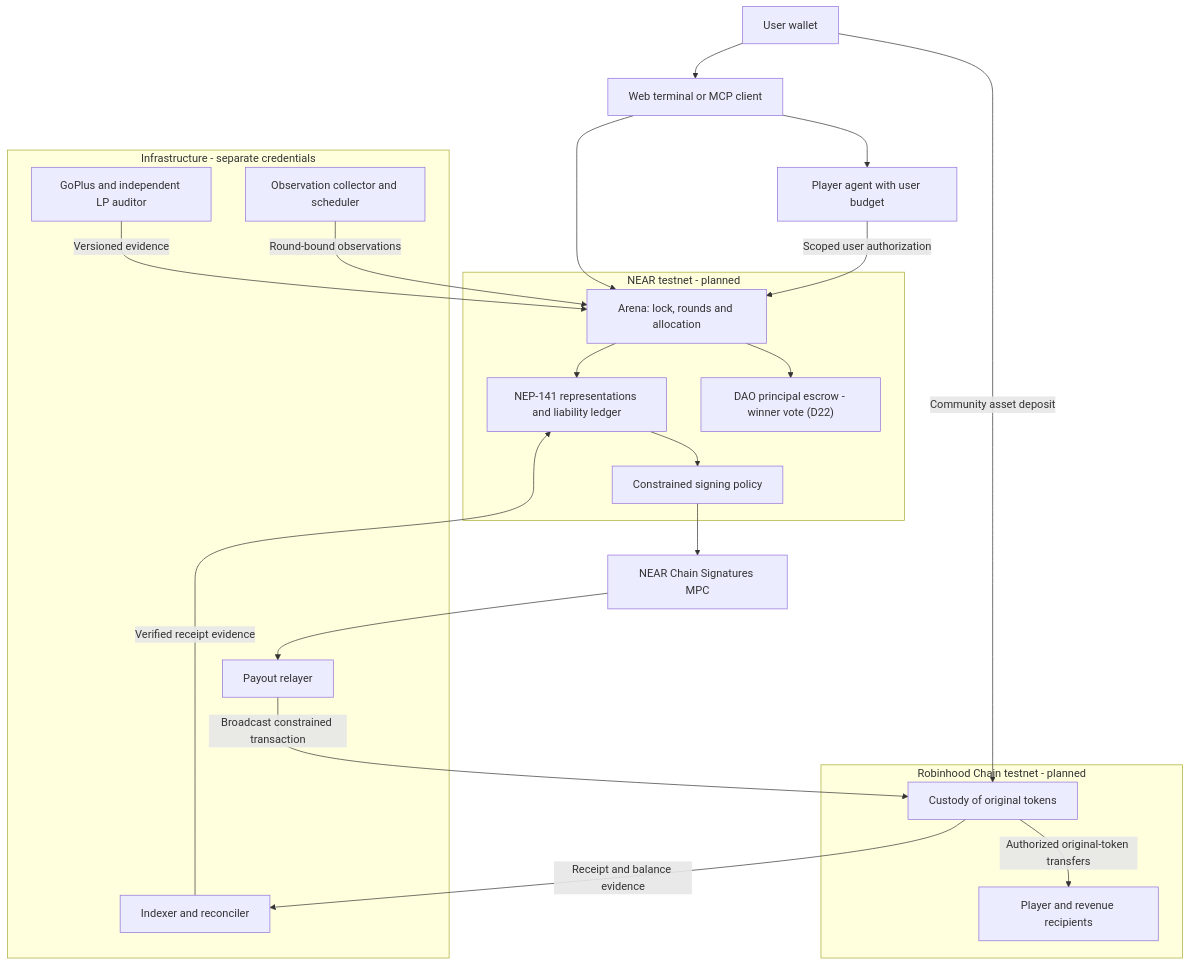
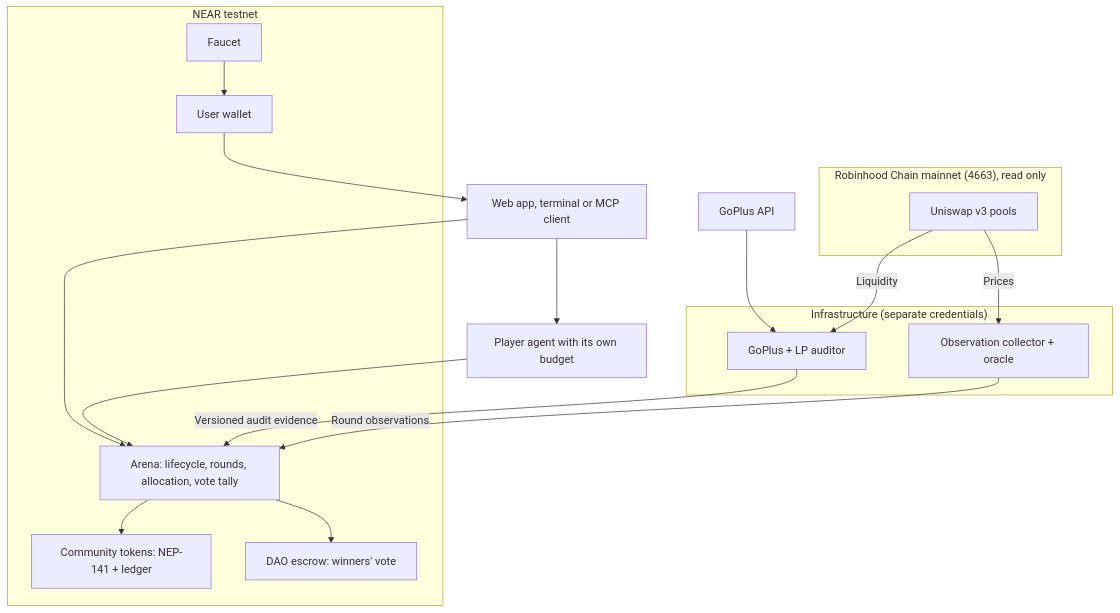
Before and after one commit to mferdinandr/valtrums: the first of 3 diagrams in docs/architecture.md, drawn with Mermaid. The commit also changed other lines of this file and 15 other files, not shown here.

Commit message:
docs: rewrite the current specs for the near-only flow

````diff
--- a/docs/architecture.md
+++ b/docs/architecture.md
@@ -9,35 +9,28 @@
 ```mermaid
 flowchart TB
-    U["User wallet"] --> UI["Web terminal or MCP client"]
-    UI --> PA["Player agent with user budget"]
+    U["User wallet"] --> UI["Web app, terminal or MCP client"]
+    UI --> PA["Player agent with its own budget"]
     UI --> A
-    PA -->|"Scoped user authorization"| A
-    subgraph NEAR["NEAR testnet - planned"]
-        A["Arena: lock, rounds and allocation"]
-        R["NEP-141 representations and liability ledger"]
-        D["DAO principal escrow - winner vote (D22)"]
-        S["Constrained signing policy"]
+    PA --> A
+    subgraph NEAR["NEAR testnet"]
+        A["Arena: lifecycle, rounds, allocation, vote tally"]
+        R["Community tokens: NEP-141 + ledger"]
+        D["DAO escrow: winners' vote"]
+        F["Faucet"]
         A --> R
         A --> D
-        R --> S
+        F --> U
     end
-    subgraph WORKERS["Infrastructure - separate credentials"]
-        AU["GoPlus and independent LP auditor"]
-        O["Observation collector and scheduler"]
-        I["Indexer and reconciler"]
-        REL["Payout relayer"]
+    subgraph WORKERS["Infrastructure (separate credentials)"]
+        AU["GoPlus + LP auditor"]
+        O["Observation collector + oracle"]
     end
-    AU -->|"Versioned evidence"| A
-    O -->|"Round-bound observations"| A
-    I -->|"Verified receipt evidence"| R
-    S --> MPC["NEAR Chain Signatures MPC"]
-    MPC --> REL
-    subgraph RH["Robinhood Chain testnet - planned"]
-        C["Custody of original tokens"]
-        P["Player and revenue recipients"]
-        C -->|"Authorized original-token transfers"| P
+    subgraph RH["Robinhood Chain mainnet (4663), read only"]
+        POOLS["Uniswap v3 pools"]
     end
-    U -->|"Community asset deposit"| C
-    REL -->|"Broadcast constrained transaction"| C
-    C -->|"Receipt and balance evidence"| I
+    GP["GoPlus API"] --> AU
+    POOLS -->|"Liquidity"| AU
+    POOLS -->|"Prices"| O
+    AU -->|"Versioned audit evidence"| A
+    O -->|"Round observations"| A
 ```
````
